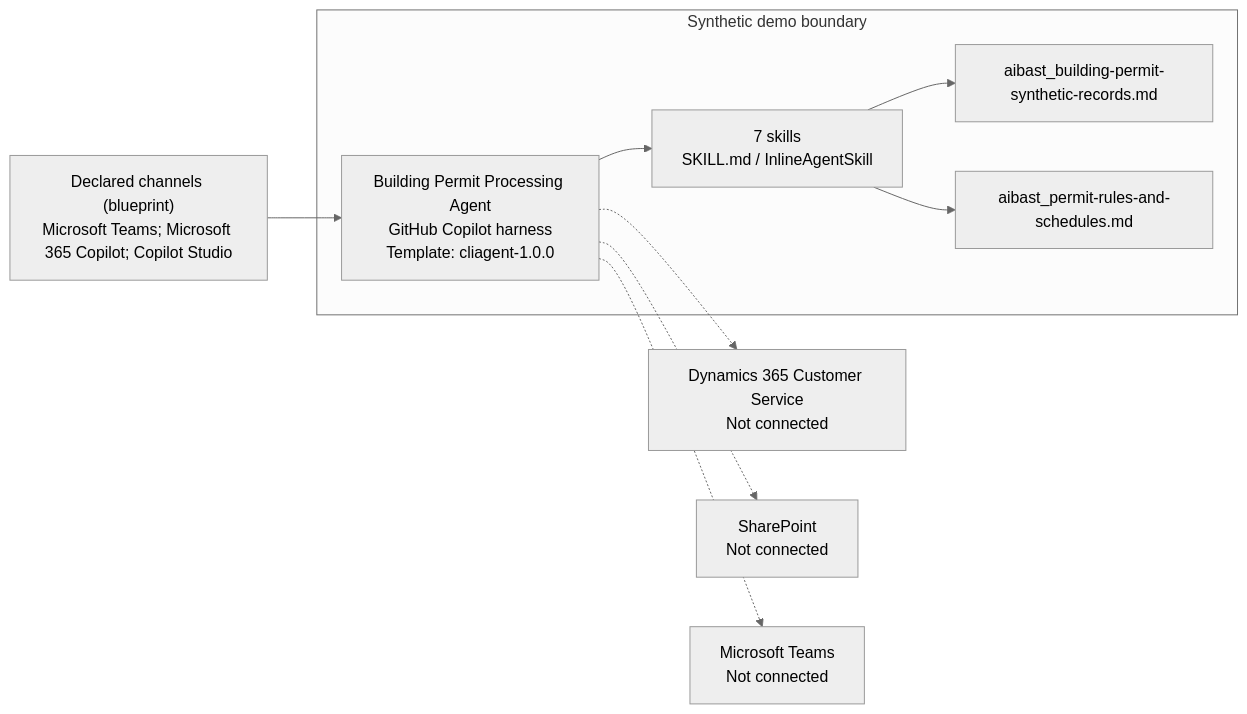
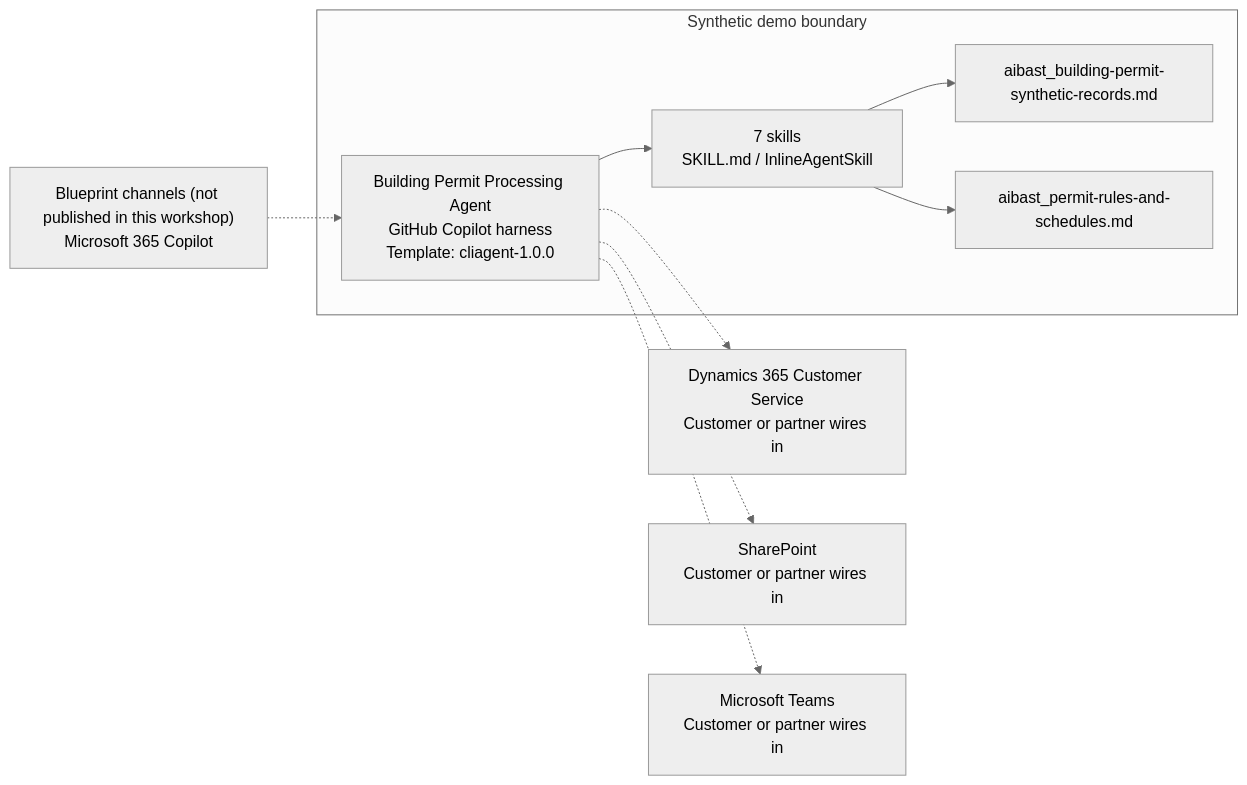
Before and after one commit to kody-w/aibast-agents-library: the diagram in 01-solutions/building-permit-processing/2.Architecture.md, drawn with Mermaid (neutral theme). The commit also changed other lines of this file and 27 other files, not shown here.

````diff
--- a/01-solutions/building-permit-processing/2.Architecture.md
+++ b/01-solutions/building-permit-processing/2.Architecture.md
@@ -9,20 +9,20 @@
 ```mermaid
 flowchart LR
-    n0["Declared channels (blueprint)<br/>Microsoft Teams; Microsoft 365 Copilot; Copilot Studio"]
+    n0["Blueprint channels (not published in this workshop)<br/>Microsoft 365 Copilot"]
     subgraph synthetic["Synthetic demo boundary"]
         n1["Building Permit Processing Agent<br/>GitHub Copilot harness<br/>Template: cliagent-1.0.0"]
         n2["7 skills<br/>SKILL.md / InlineAgentSkill"]
         n1 --> n2
         n3["aibast_building-permit-synthetic-records.md"]
         n2 --> n3
         n4["aibast_permit-rules-and-schedules.md"]
         n2 --> n4
     end
-    n0 --> n1
-    n5["Dynamics 365 Customer Service<br/>Not connected"]
+    n0 -.-> n1
+    n5["Dynamics 365 Customer Service<br/>Customer or partner wires in"]
     n1 -.-> n5
-    n6["SharePoint<br/>Not connected"]
+    n6["SharePoint<br/>Customer or partner wires in"]
     n1 -.-> n6
-    n7["Microsoft Teams<br/>Not connected"]
+    n7["Microsoft Teams<br/>Customer or partner wires in"]
     n1 -.-> n7
 ```
````
